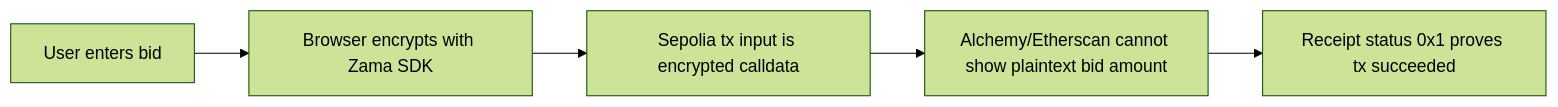
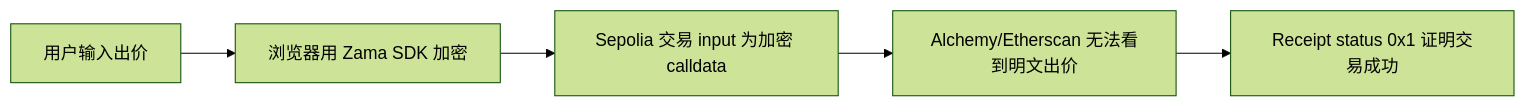
One commit to daxiguaguagua-hash/SilentBid changed the first of 2 diagrams in README.md. Above: the diagram before and after it, drawn with Mermaid (forest theme). The commit also changed other lines of this file and 1 other file, not shown here.

````diff
--- a/README.md
+++ b/README.md
@@ -22,7 +24,7 @@
 ```mermaid
 flowchart LR
-  A["User enters bid"] --> B["Browser encrypts with Zama SDK"]
-  B --> C["Sepolia tx input is encrypted calldata"]
-  C --> D["Alchemy/Etherscan cannot show plaintext bid amount"]
-  D --> E["Receipt status 0x1 proves tx succeeded"]
+  A["用户输入出价"] --> B["浏览器用 Zama SDK 加密"]
+  B --> C["Sepolia 交易 input 为加密 calldata"]
+  C --> D["Alchemy/Etherscan 无法看到明文出价"]
+  D --> E["Receipt status 0x1 证明交易成功"]
 ```
````
